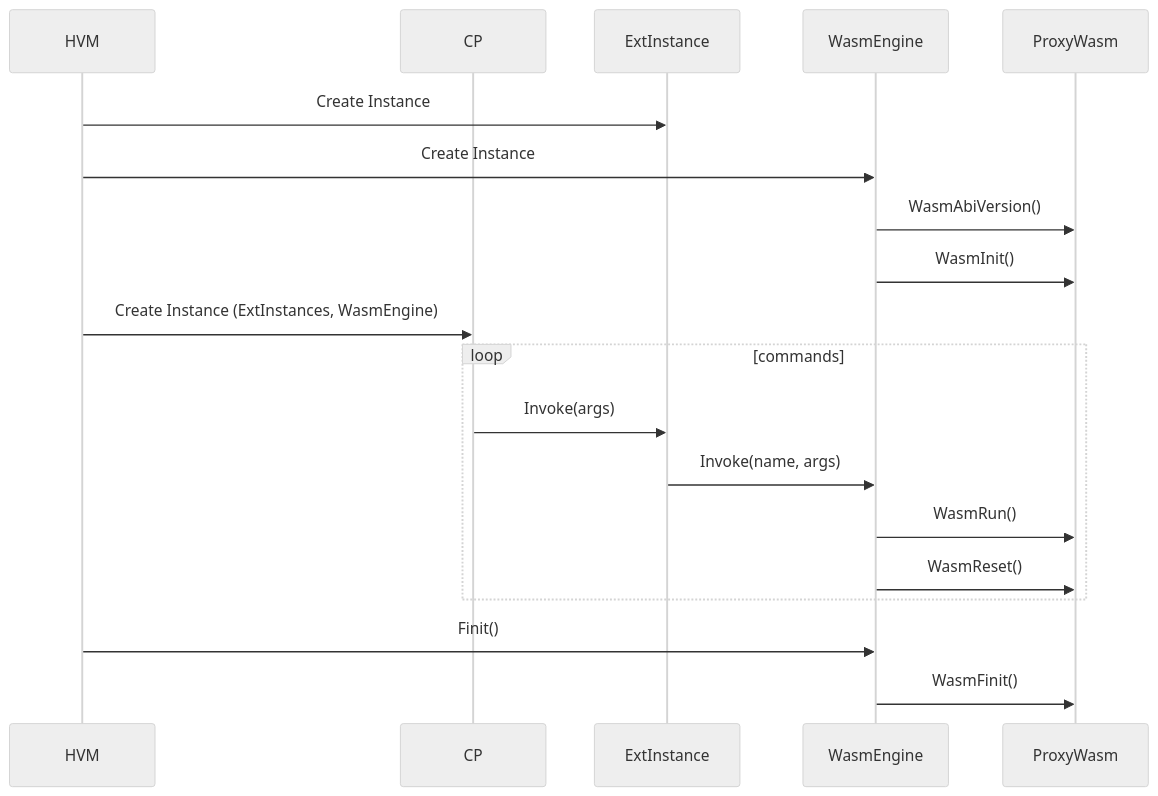
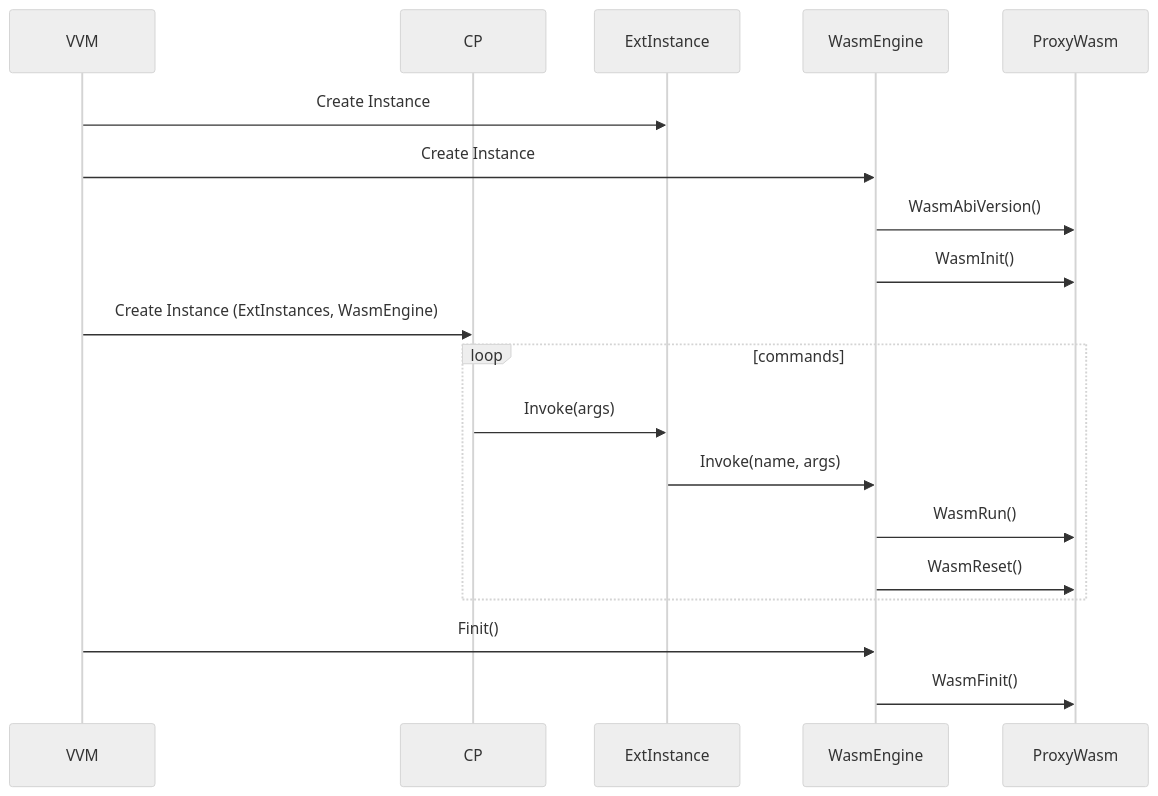
The fourth of 6 diagrams in design/state/ext-engines.md (voedger/voedger), drawn with Mermaid (neutral theme) before and after one commit. The commit also changed other lines of this file and 11 other files, not shown here.

````diff
--- a/design/state/ext-engines.md
+++ b/design/state/ext-engines.md
@@ -74,21 +74,21 @@
 ```mermaid
 sequenceDiagram
-    participant HVM
+    participant VVM
     participant CP
     participant ExtInstance
     participant WasmEngine
     participant ProxyWasm
-    HVM->>ExtInstance: Create Instance
-    HVM->>WasmEngine: Create Instance
+    VVM->>ExtInstance: Create Instance
+    VVM->>WasmEngine: Create Instance
     WasmEngine->>ProxyWasm: WasmAbiVersion()
     WasmEngine->>ProxyWasm: WasmInit()
-    HVM->>CP: Create Instance (ExtInstances, WasmEngine)
+    VVM->>CP: Create Instance (ExtInstances, WasmEngine)
     loop commands
     CP->>ExtInstance: Invoke(args)
     ExtInstance->>WasmEngine: Invoke(name, args)
     WasmEngine->>ProxyWasm: WasmRun()
     WasmEngine->>ProxyWasm: WasmReset()
     end
-    HVM->>WasmEngine: Finit()
+    VVM->>WasmEngine: Finit()
     WasmEngine->>ProxyWasm: WasmFinit()
 ```
````
